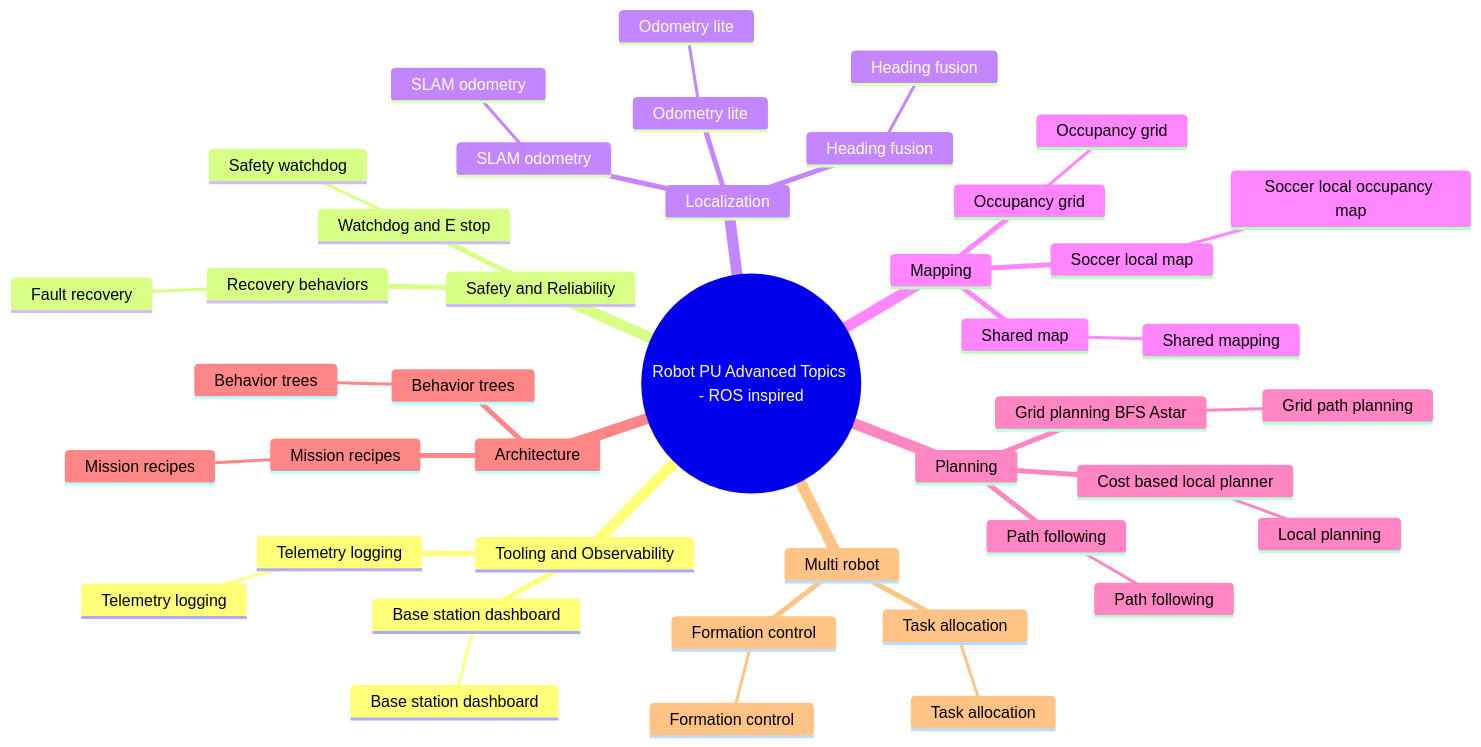
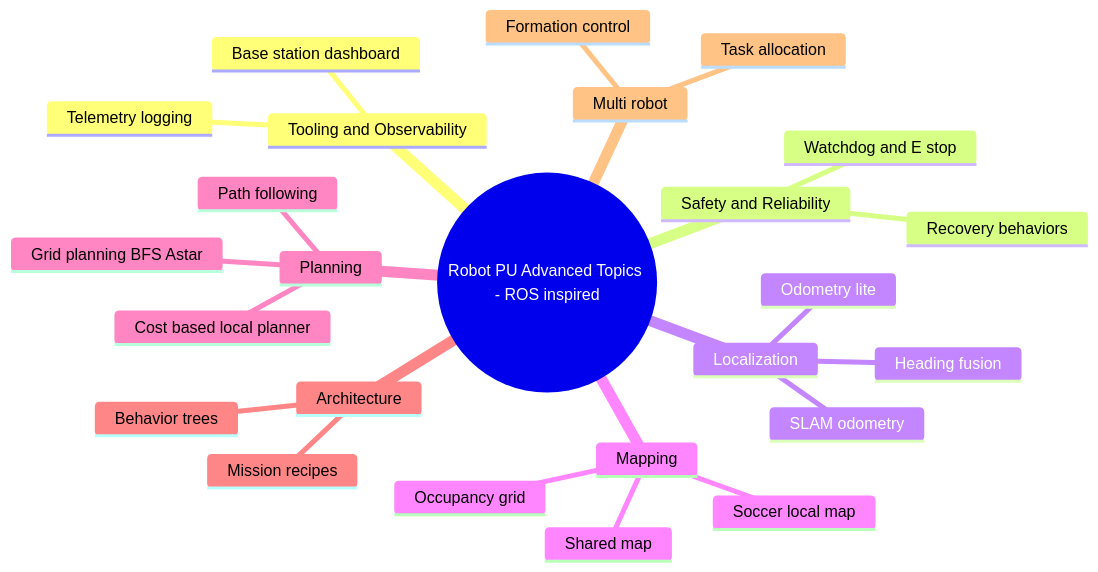
One commit to robotgyms/pxt-robotpu changed the second of 2 diagrams in tutorials/JavaScripts/README.md. Above: the diagram before and after it, drawn with Mermaid. The commit also changed other lines of this file, not shown here.

````diff
--- a/tutorials/JavaScripts/README.md
+++ b/tutorials/JavaScripts/README.md
@@ -119,45 +80,28 @@
 ```mermaid
 mindmap
   root((Robot PU Advanced Topics - ROS inspired))
     Tooling and Observability
       Telemetry logging
-        Telemetry logging
       Base station dashboard
-        Base station dashboard
     Safety and Reliability
       Watchdog and E stop
-        Safety watchdog
       Recovery behaviors
-        Fault recovery
     Localization
       Odometry lite
-        Odometry lite
       Heading fusion
-        Heading fusion
       SLAM odometry
-        SLAM odometry
     Mapping
       Occupancy grid
-        Occupancy grid
       Shared map
-        Shared mapping
       Soccer local map
-        Soccer local occupancy map
     Planning
       Grid planning BFS Astar
-        Grid path planning
       Path following
-        Path following
       Cost based local planner
-        Local planning
     Architecture
       Behavior trees
-        Behavior trees
       Mission recipes
-        Mission recipes
     Multi robot
       Task allocation
-        Task allocation
       Formation control
-        Formation control
 ```
````
